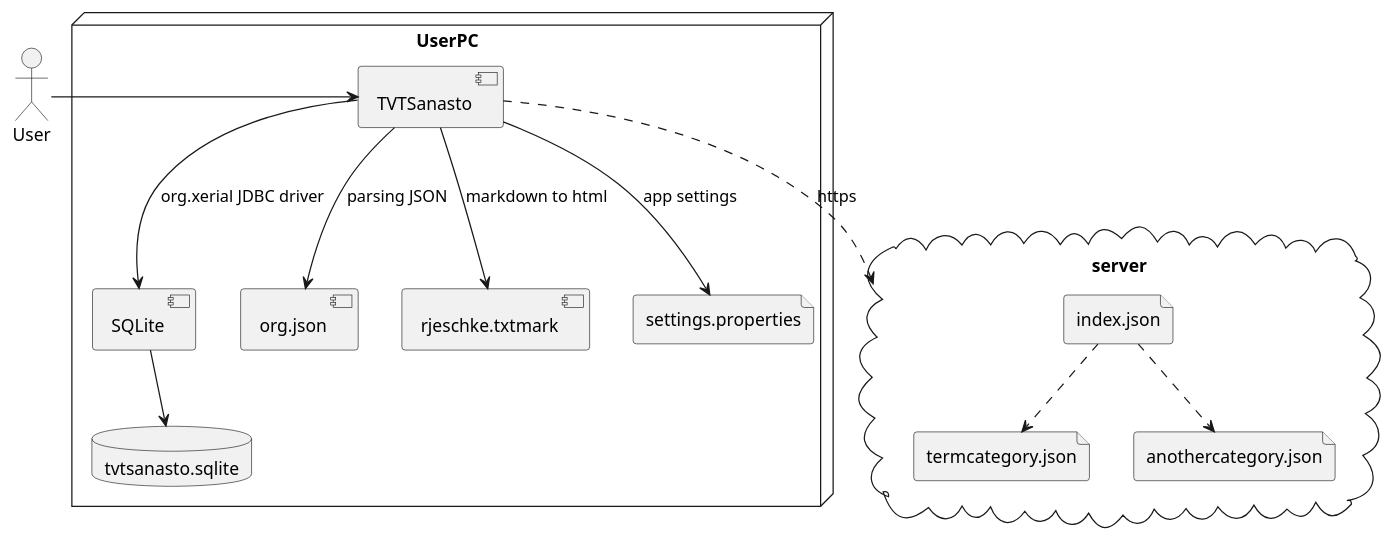
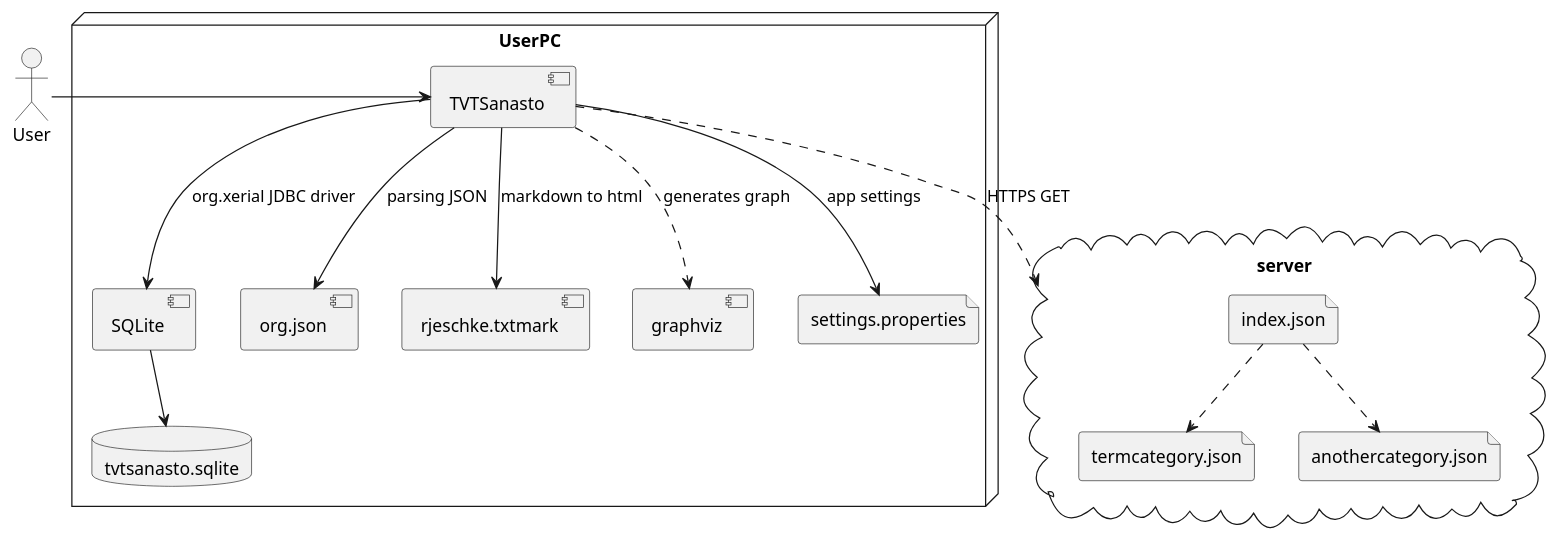
The diagram in architecture.puml (anttijuu/TVTSanasto-Java), drawn with PlantUML before and after one commit. The commit also changed 1 other file, not shown here.

Commit message:
Added graphviz component to architecture diagram

```diff
--- a/architecture.puml
+++ b/architecture.puml
@@ -1,26 +1,28 @@
 @startuml
 node UserPC {
 	component TVTSanasto
 	component SQLite
 	component org.json
 	component rjeschke.txtmark
+	component graphviz
 	file settings.properties
 	database tvtsanasto.sqlite
 	TVTSanasto --> SQLite: org.xerial JDBC driver
 	SQLite --> tvtsanasto.sqlite
 	TVTSanasto --> org.json: parsing JSON
 	TVTSanasto --> rjeschke.txtmark: markdown to html
 	TVTSanasto --> settings.properties: app settings
+	TVTSanasto ..> graphviz : generates graph
 }
 cloud server {
 	file index.json
 	file termcategory.json
 	file anothercategory.json
 	index.json ..> termcategory.json
 	index.json ..> anothercategory.json
 }
 actor User
 
 User -> TVTSanasto
-TVTSanasto ..> server: https
+TVTSanasto ..> server: HTTPS GET
 @enduml
```
